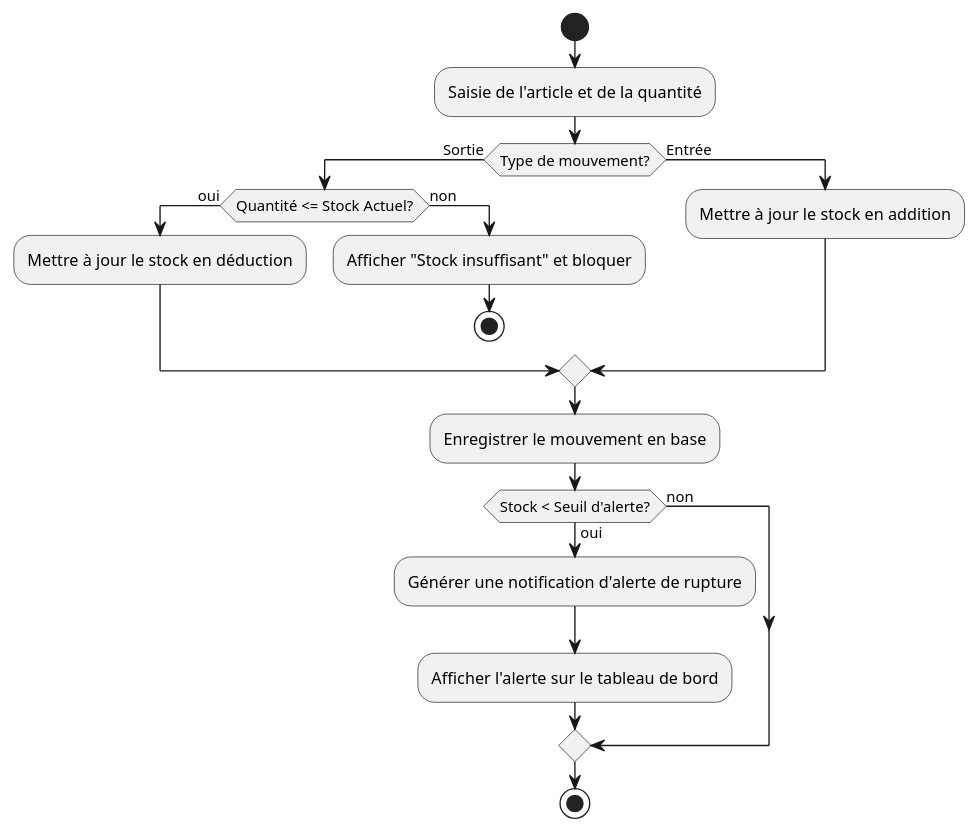
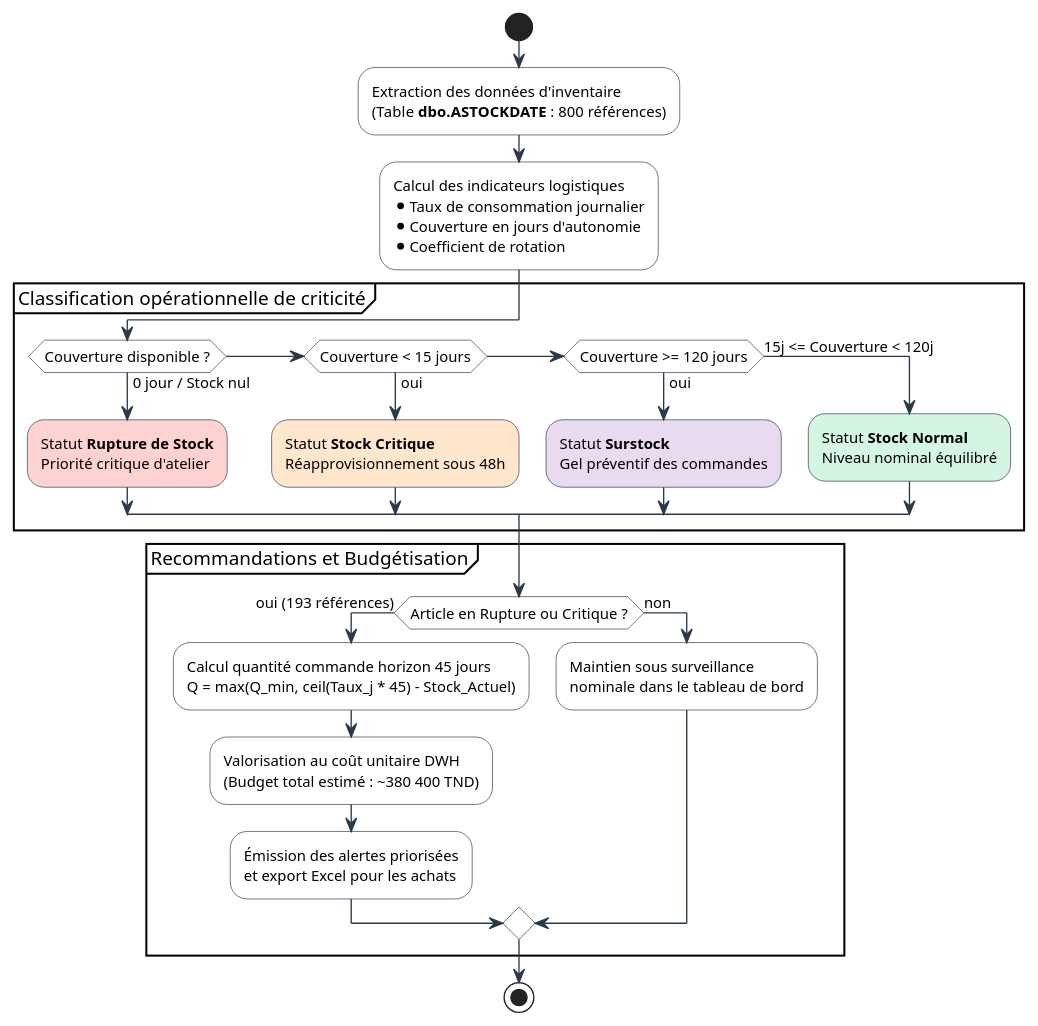
Before and after one commit to ayoubmek/PFE_data_science: the diagram in Rapport/diagrams/sprint3_activity.puml, drawn with PlantUML. The commit also changed 37 other files, not shown here.

```diff
--- a/Rapport/diagrams/sprint3_activity.puml
+++ b/Rapport/diagrams/sprint3_activity.puml
@@ -1,21 +1,45 @@
 @startuml sprint3_activity
+skinparam activity {
+    BackgroundColor White
+    BorderColor #2B3A4A
+    FontName Arial
+    FontSize 11
+    ArrowColor #2B3A4A
+}
+skinparam note {
+    BackgroundColor #F8F9FA
+    BorderColor #2B3A4A
+    FontName Arial
+    FontSize 10
+}
+
 start
-:Saisie de l'article et de la quantité;
-if (Type de mouvement?) then (Sortie)
-    if (Quantité <= Stock Actuel?) then (oui)
-        :Mettre à jour le stock en déduction;
+
+:Extraction des données d'inventaire\n(Table **dbo.ASTOCKDATE** : 800 références);
+
+:Calcul des indicateurs logistiques\n* Taux de consommation journalier\n* Couverture en jours d'autonomie\n* Coefficient de rotation;
+
+partition "Classification opérationnelle de criticité" {
+    if (Couverture disponible ?) then (0 jour / Stock nul)
+        #FFD2D2:Statut **Rupture de Stock**\nPriorité critique d'atelier;
+    else if (Couverture < 15 jours) then (oui)
+        #FFE6CC:Statut **Stock Critique**\nRéapprovisionnement sous 48h;
+    else if (Couverture >= 120 jours) then (oui)
+        #E8DAEF:Statut **Surstock**\nGel préventif des commandes;
+    else (15j <= Couverture < 120j)
+        #D5F5E3:Statut **Stock Normal**\nNiveau nominal équilibré;
+    endif
+}
+
+partition "Recommandations et Budgétisation" {
+    if (Article en Rupture ou Critique ?) then (oui (193 références))
+        :Calcul quantité commande horizon 45 jours\nQ = max(Q_min, ceil(Taux_j * 45) - Stock_Actuel);
+        :Valorisation au coût unitaire DWH\n(Budget total estimé : ~380 400 TND);
+        :Émission des alertes priorisées\net export Excel pour les achats;
     else (non)
-        :Afficher "Stock insuffisant" et bloquer;
-        stop
+        :Maintien sous surveillance\nnominale dans le tableau de bord;
     endif
-else (Entrée)
-    :Mettre à jour le stock en addition;
-endif
-:Enregistrer le mouvement en base;
-if (Stock < Seuil d'alerte?) then (oui)
-    :Générer une notification d'alerte de rupture;
-    :Afficher l'alerte sur le tableau de bord;
-else (non)
-endif
+}
+
 stop
 @enduml
```
